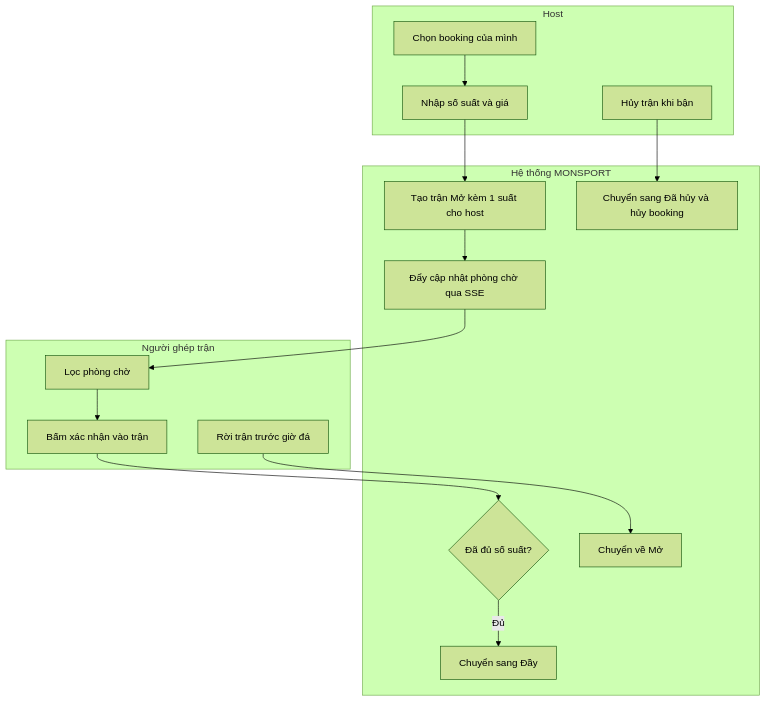
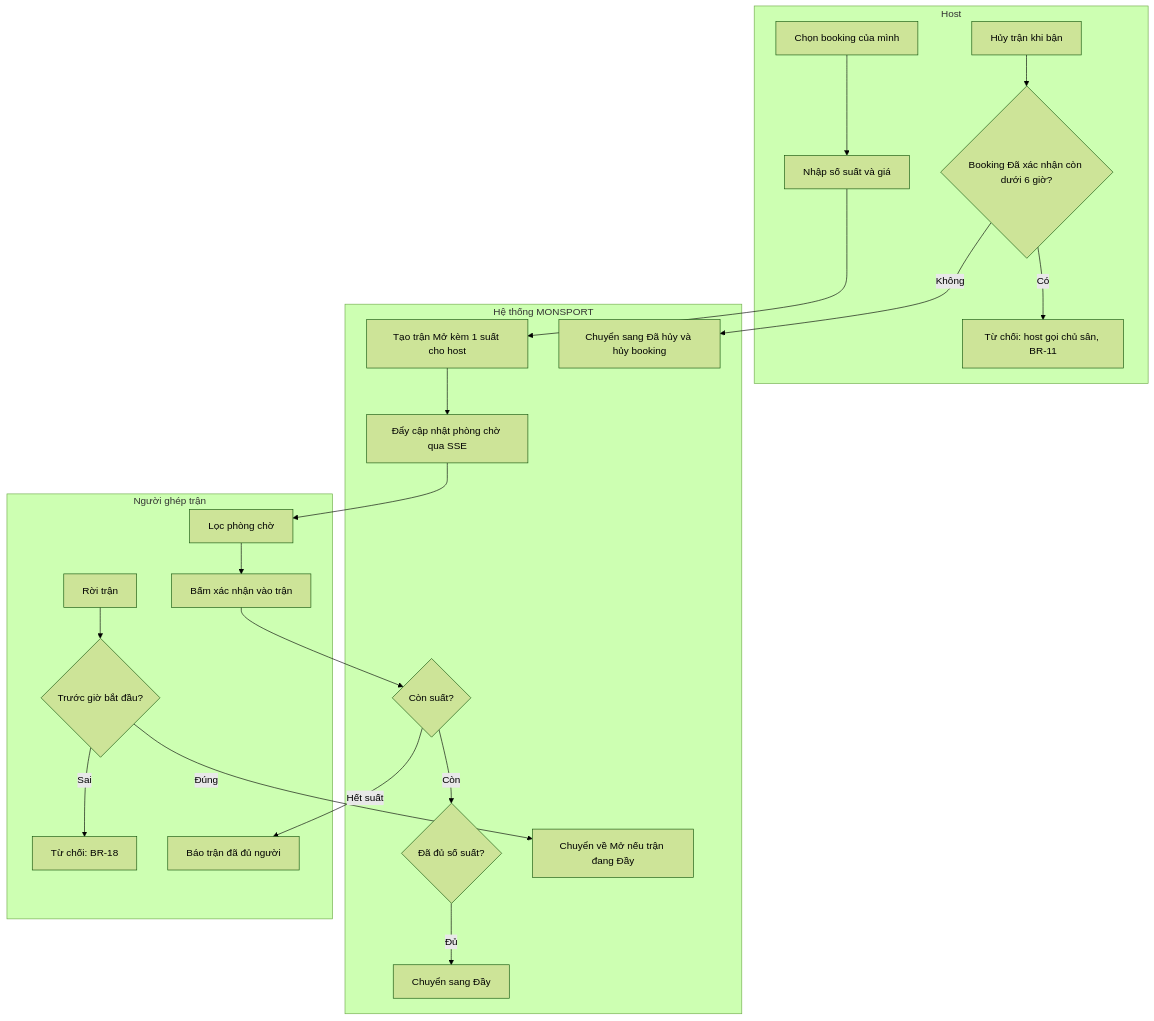
The fifth of 9 diagrams in docs/requirements/models.md (Tlerd/MON-Sport), drawn with Mermaid (forest theme) before and after one commit. The commit also changed other lines of this file, not shown here.

````diff
--- a/docs/requirements/models.md
+++ b/docs/requirements/models.md
@@ -139,25 +160,37 @@
 ```mermaid
 flowchart TB
     subgraph H[Host]
         h1[Chọn booking của mình] --> h2[Nhập số suất và giá]
         h3[Hủy trận khi bận]
+        h3a{Booking Đã xác nhận còn dưới 6 giờ?}
+        h3x[Từ chối: host gọi chủ sân, BR-11]
     end
     subgraph S[Hệ thống MONSPORT]
         s1[Tạo trận Mở kèm 1 suất cho host]
         s2[Đẩy cập nhật phòng chờ qua SSE]
         s3{Đã đủ số suất?}
         s4[Chuyển sang Đầy]
-        s5[Chuyển về Mở]
+        s5[Chuyển về Mở nếu trận đang Đầy]
+        s3a{Còn suất?}
         s6[Chuyển sang Đã hủy và hủy booking]
     end
     subgraph G[Người ghép trận]
         g1[Lọc phòng chờ] --> g2[Bấm xác nhận vào trận]
-        g3[Rời trận trước giờ đá]
+        g3[Rời trận]
+        g3a{Trước giờ bắt đầu?}
+        g3x[Từ chối: BR-18]
+        g2x[Báo trận đã đủ người]
     end
     h2 --> s1 --> s2
     s2 --> g1
-    g2 --> s3
+    g2 --> s3a
+    s3a -- Hết suất --> g2x
+    s3a -- Còn --> s3
     s3 -- Đủ --> s4
-    g3 --> s5
-    h3 --> s6
+    g3 --> g3a
+    g3a -- Đúng --> s5
+    g3a -- Sai --> g3x
+    h3 --> h3a
+    h3a -- Không --> s6
+    h3a -- Có --> h3x
 ```
````
